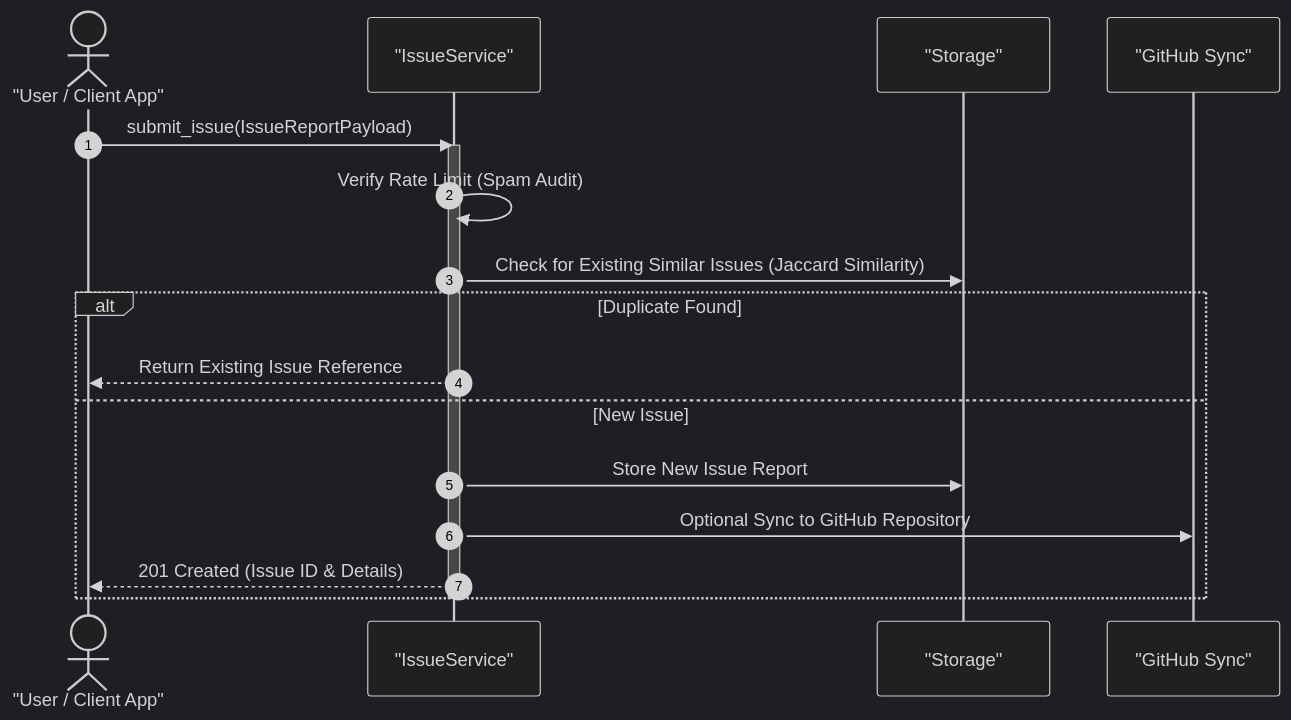
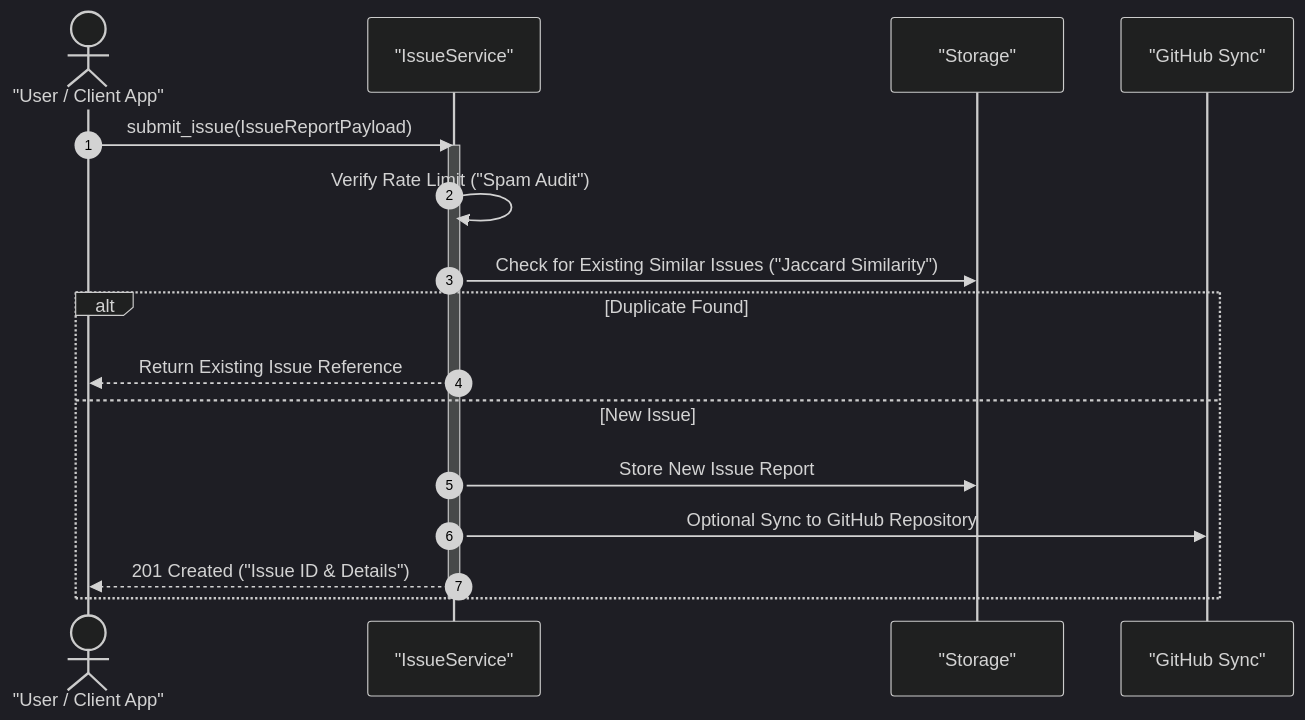
Before and after one commit to rohitkumarnaidu/ScholarFormAI: the second of 2 diagrams in docs/docs/issues/developer-guide.md, drawn with Mermaid (dark theme). The commit also changed other lines of this file and 611 other files, not shown here.

````diff
--- a/docs/docs/issues/developer-guide.md
+++ b/docs/docs/issues/developer-guide.md
@@ -81,21 +81,21 @@
 ```mermaid
 sequenceDiagram
     autonumber
     actor User as "User / Client App"
     participant Svc as "IssueService"
     participant DB as "Storage"
     participant GH as "GitHub Sync"
 
     User->>Svc: submit_issue(IssueReportPayload)
     activate Svc
-    Svc->>Svc: Verify Rate Limit (Spam Audit)
-    Svc->>DB: Check for Existing Similar Issues (Jaccard Similarity)
+    Svc->>Svc: Verify Rate Limit ("Spam Audit")
+    Svc->>DB: Check for Existing Similar Issues ("Jaccard Similarity")
     alt Duplicate Found
         Svc-->>User: Return Existing Issue Reference
     else New Issue
         Svc->>DB: Store New Issue Report
         Svc->>GH: Optional Sync to GitHub Repository
-        Svc-->>User: 201 Created (Issue ID & Details)
+        Svc-->>User: 201 Created ("Issue ID & Details")
     end
     deactivate Svc
 ```
````
